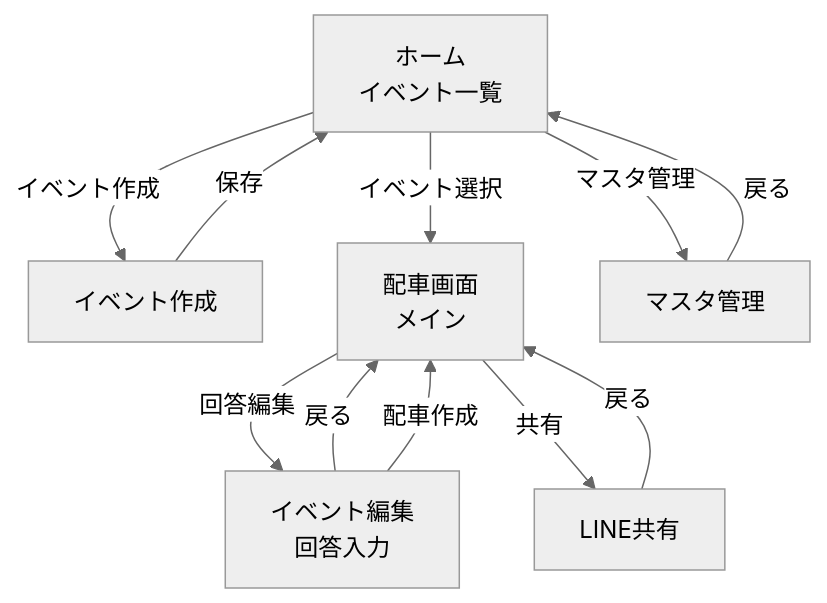
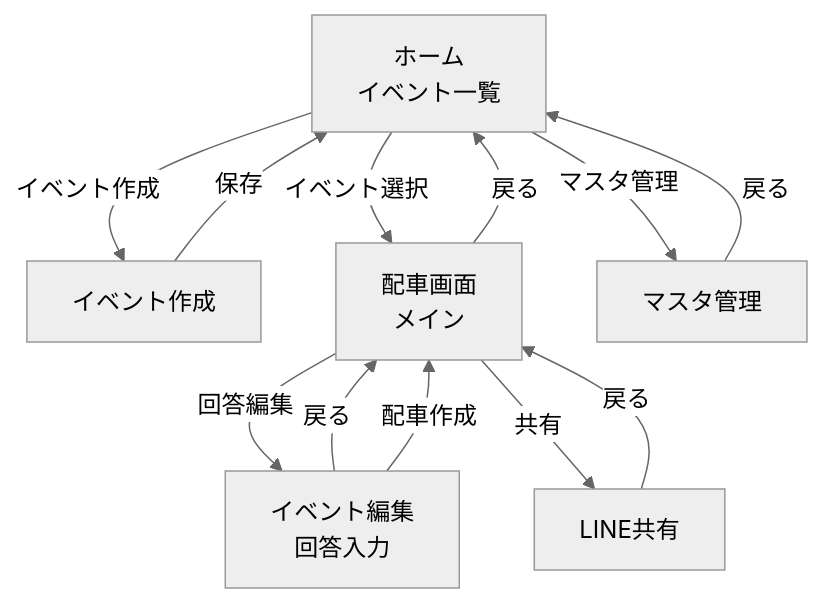
Before and after one commit to tetteleee/carpoolbridge: the diagram in docs/04_画面設計.md, drawn with Mermaid (neutral theme). The commit also changed 7 other files, not shown here.

````diff
--- a/docs/04_画面設計.md
+++ b/docs/04_画面設計.md
@@ -57,30 +57,32 @@
 ```mermaid
 flowchart TD
 
 A[ホーム<br>イベント一覧]
 
 B[イベント作成]
 
 C[配車画面<br>メイン]
 
 D[イベント編集<br>回答入力]
 
 E[LINE共有]
 
 F[マスタ管理]
 
 
 A -->|イベント選択| C
 A -->|イベント作成| B
 B -->|保存| A
 
+C -->|戻る| A
+
 C -->|回答編集| D
 D -->|戻る| C
 D -->|配車作成| C
 
 C -->|共有| E
 E -->|戻る| C
 
 A -->|マスタ管理| F
 F -->|戻る| A
 ```
````
